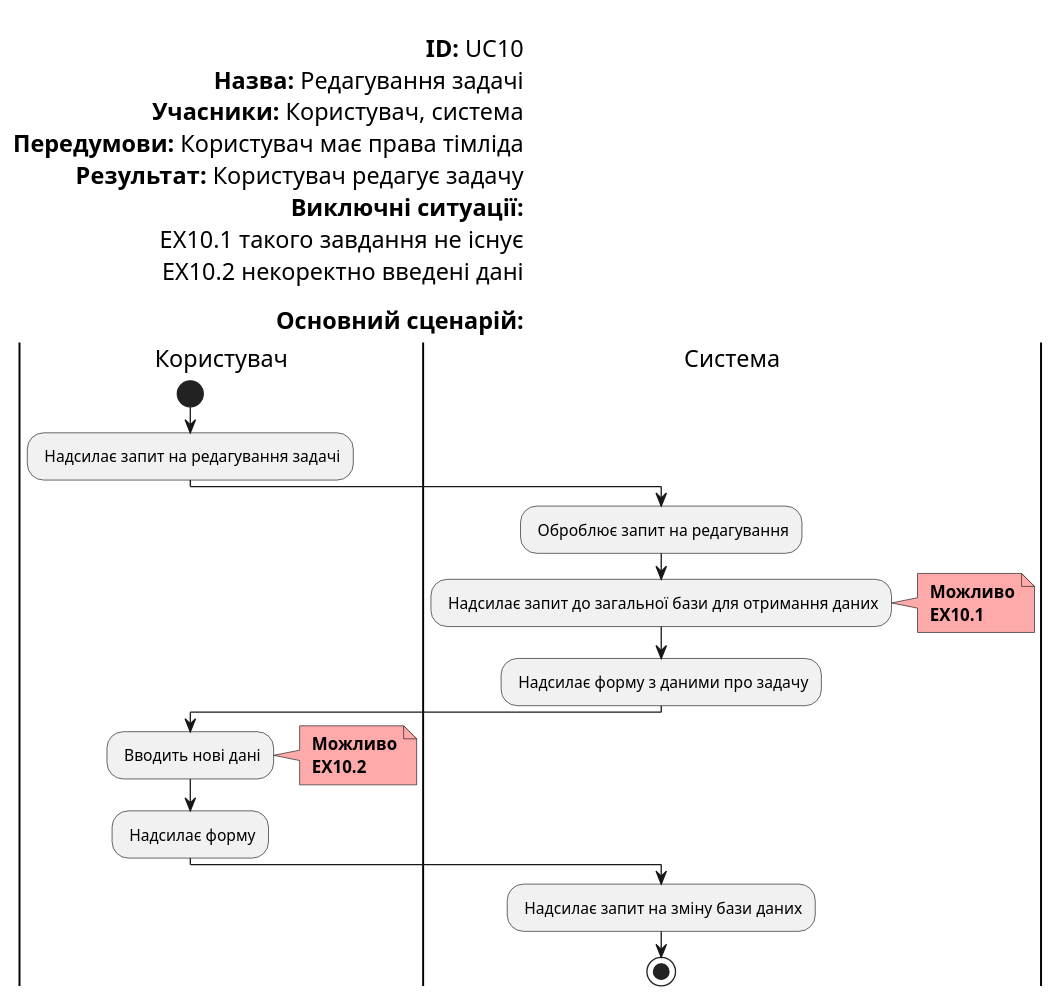
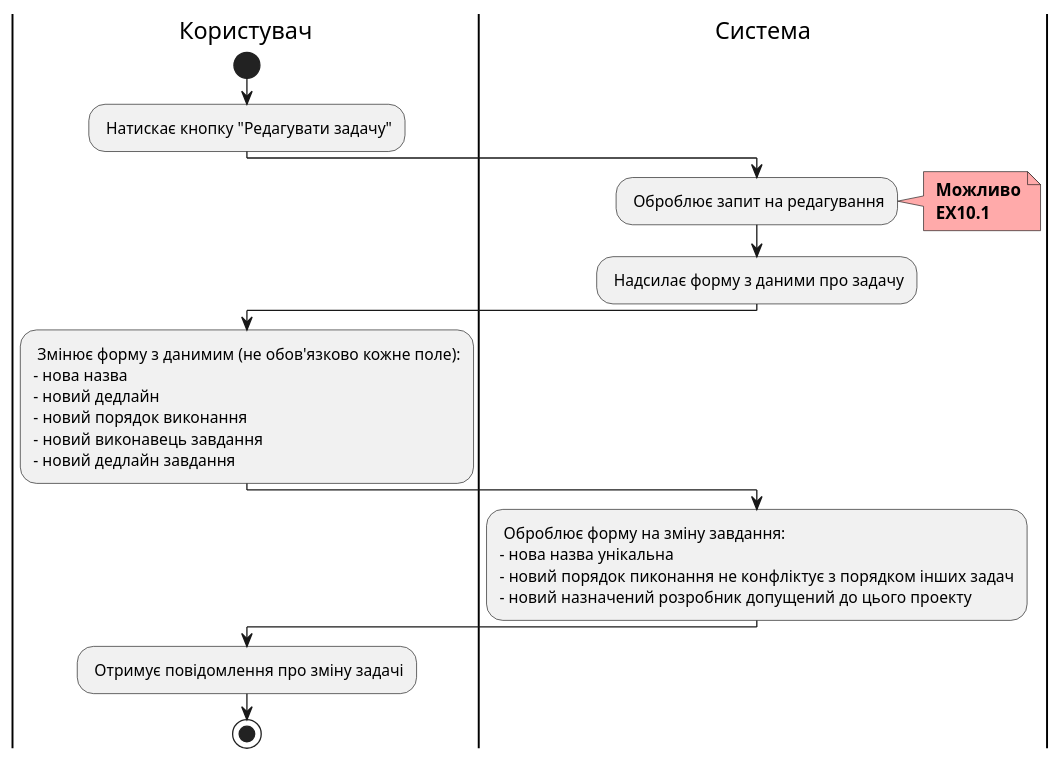
One commit to boldak/database_basics_template changed the diagram in docs/use cases/editTask.puml. Above: the diagram before and after it, drawn with PlantUML.

```diff
--- a/docs/use cases/editTask.puml
+++ b/docs/use cases/editTask.puml
@@ -1,44 +1,36 @@
 @startuml
-    left header
-
-        <font color=000 size=18><b>ID:</b> UC10
-        <font color=000 size=18><b>Назва:</b> Редагування задачі
-        <font color=000 size=18><b>Учасники:</b> Користувач, система
-        <font color=000 size=18><b>Передумови:</b> Користувач має права тімліда
-        <font color=000 size=18><b>Результат:</b> Користувач редагує задачу
-        <font color=000 size=18><b>Виключні ситуації:</b>
-        <font color=000 size=18>EX10.1 такого завдання не існує
-        <font color=000 size=18>EX10.2 некоректно введені дані
-        
-        <font color=000 size=18><b>Основний сценарій:</b>
-    end header
 
     |Користувач|
         start
         
-        : Надсилає запит на редагування задачі;
+        : Натискає кнопку "Редагувати задачу";
         
     |Система|
         
         : Оброблює запит на редагування;
-        : Надсилає запит до загальної бази для отримання даних;
         note right #ffaaaa
         <b> Можливо
         <b> EX10.1
         end note
         : Надсилає форму з даними про задачу;
         
     |Користувач|
     
-        : Вводить нові дані;
-        note right #ffaaaa
-        <b> Можливо
-        <b> EX10.2
-        end note
-        : Надсилає форму;
+        : Змінює форму з данимим (не обов'язково кожне поле):
+        - нова назва
+        - новий дедлайн
+        - новий порядок виконання
+        - новий виконавець завдання
+        - новий дедлайн завдання;
     
     |Система|
-        : Надсилає запит на зміну бази даних;
+        : Оброблює форму на зміну завдання:
+        - нова назва унікальна
+        - новий порядок пиконання не конфліктує з порядком інших задач
+        - новий назначений розробник допущений до цього проекту;
+
+    |Користувач|
+        : Отримує повідомлення про зміну задачі;
         stop;
 
 @enduml
```
